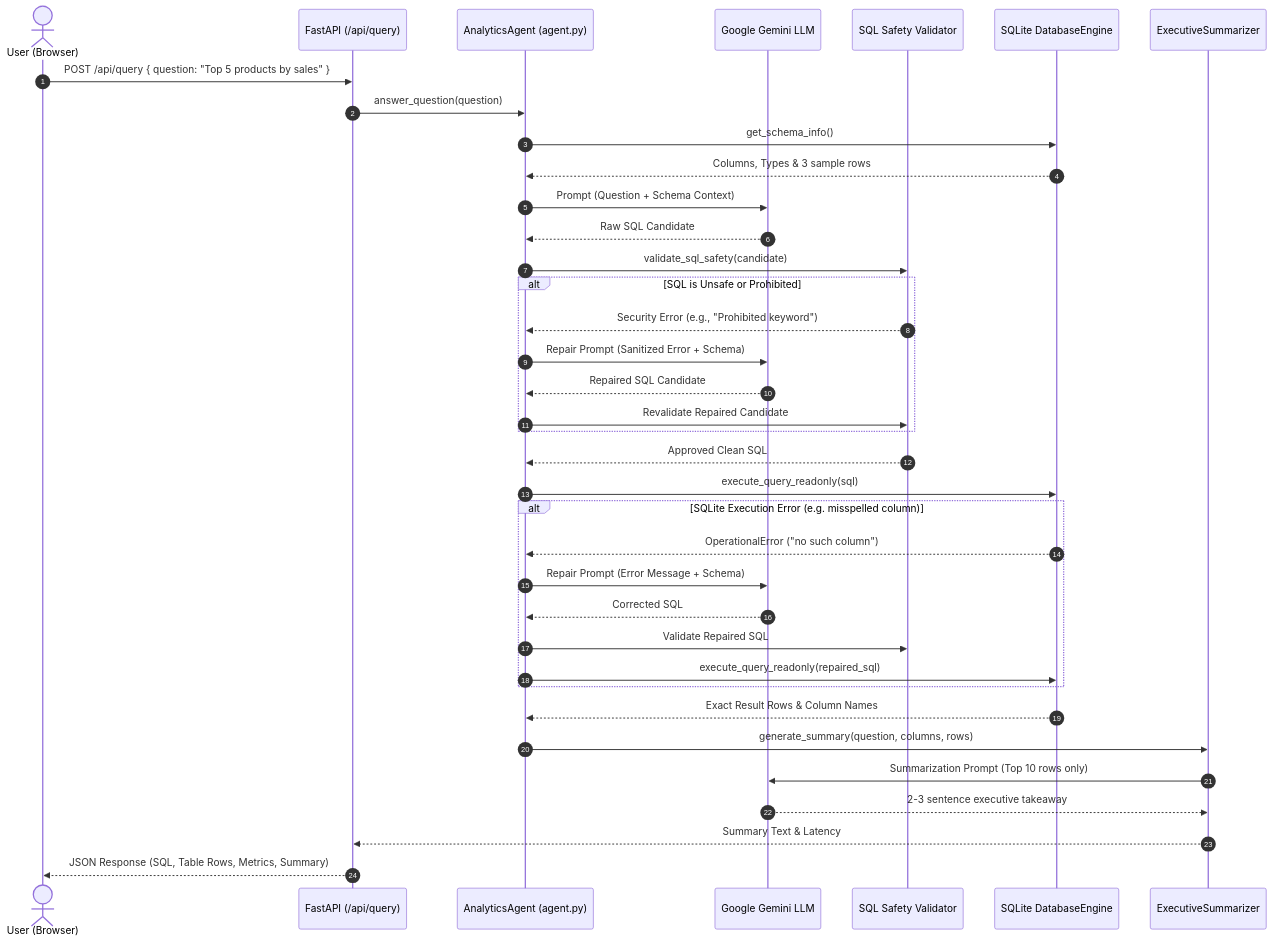
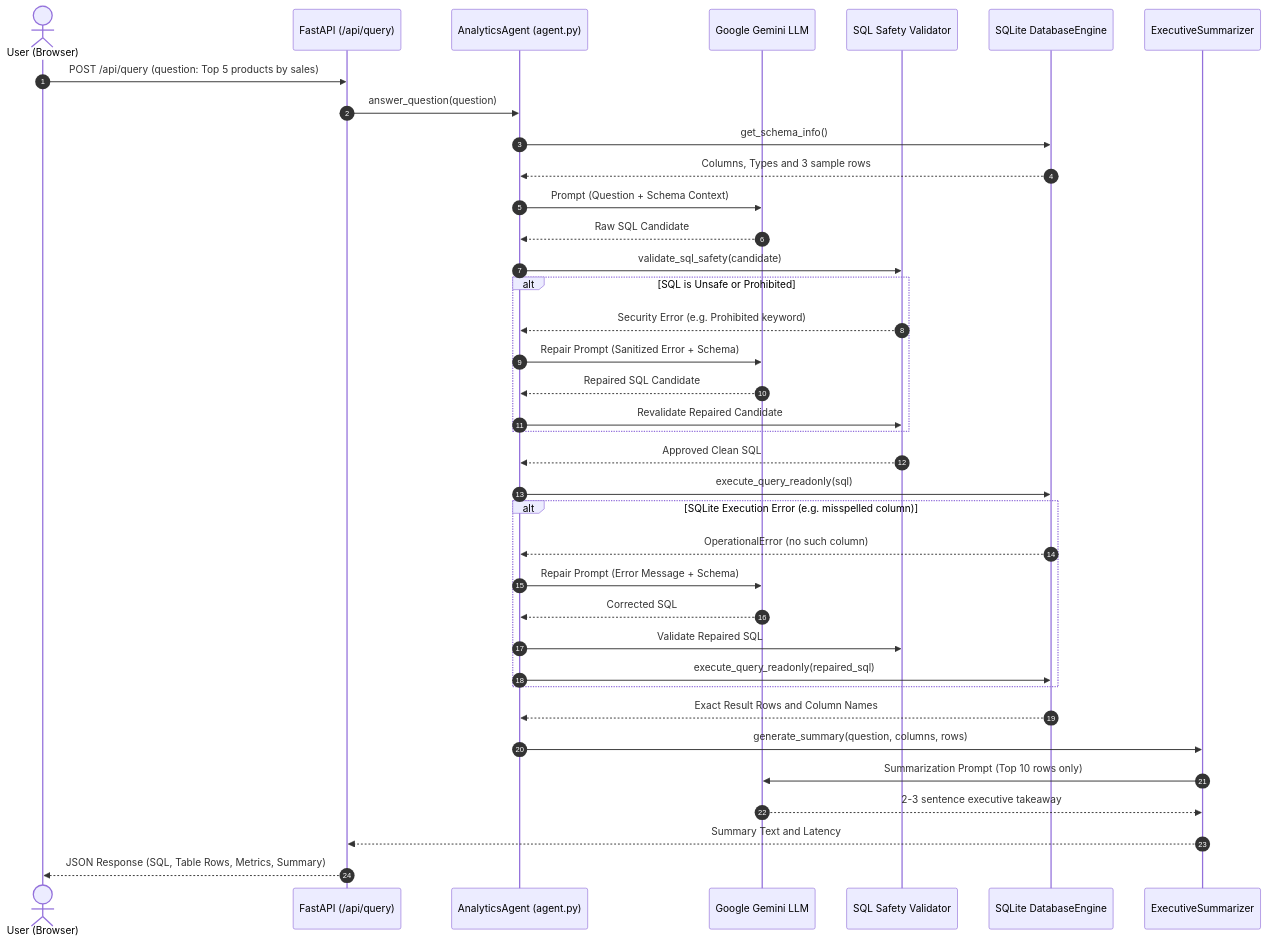
The fourth of 8 diagrams in README.md (sankaran-s2001/VoiceCSV-Analytics-Agent), drawn with Mermaid before and after one commit. The commit also changed other lines of this file, not shown here.

Commit message:
fix(docs): resolve GitHub Mermaid diagram rendering errors and unescaped characters

````diff
--- a/README.md
+++ b/README.md
@@ -741,44 +741,44 @@
 ```mermaid
 sequenceDiagram
     autonumber
     actor User as User (Browser)
     participant API as FastAPI (/api/query)
     participant Agent as AnalyticsAgent (agent.py)
     participant Gemini as Google Gemini LLM
     participant Safety as SQL Safety Validator
     participant SQLite as SQLite DatabaseEngine
     participant Summary as ExecutiveSummarizer
 
-    User->>API: POST /api/query { question: "Top 5 products by sales" }
+    User->>API: POST /api/query (question: Top 5 products by sales)
     API->>Agent: answer_question(question)
     Agent->>SQLite: get_schema_info()
-    SQLite-->>Agent: Columns, Types & 3 sample rows
+    SQLite-->>Agent: Columns, Types and 3 sample rows
     Agent->>Gemini: Prompt (Question + Schema Context)
     Gemini-->>Agent: Raw SQL Candidate
     Agent->>Safety: validate_sql_safety(candidate)
     
     alt SQL is Unsafe or Prohibited
-        Safety-->>Agent: Security Error (e.g., "Prohibited keyword")
+        Safety-->>Agent: Security Error (e.g. Prohibited keyword)
         Agent->>Gemini: Repair Prompt (Sanitized Error + Schema)
         Gemini-->>Agent: Repaired SQL Candidate
         Agent->>Safety: Revalidate Repaired Candidate
     end
 
     Safety-->>Agent: Approved Clean SQL
     Agent->>SQLite: execute_query_readonly(sql)
 
     alt SQLite Execution Error (e.g. misspelled column)
-        SQLite-->>Agent: OperationalError ("no such column")
+        SQLite-->>Agent: OperationalError (no such column)
         Agent->>Gemini: Repair Prompt (Error Message + Schema)
         Gemini-->>Agent: Corrected SQL
         Agent->>Safety: Validate Repaired SQL
         Agent->>SQLite: execute_query_readonly(repaired_sql)
     end
 
-    SQLite-->>Agent: Exact Result Rows & Column Names
+    SQLite-->>Agent: Exact Result Rows and Column Names
     Agent->>Summary: generate_summary(question, columns, rows)
     Summary->>Gemini: Summarization Prompt (Top 10 rows only)
     Gemini-->>Summary: 2-3 sentence executive takeaway
-    Summary-->>API: Summary Text & Latency
+    Summary-->>API: Summary Text and Latency
     API-->>User: JSON Response (SQL, Table Rows, Metrics, Summary)
 ```
````
